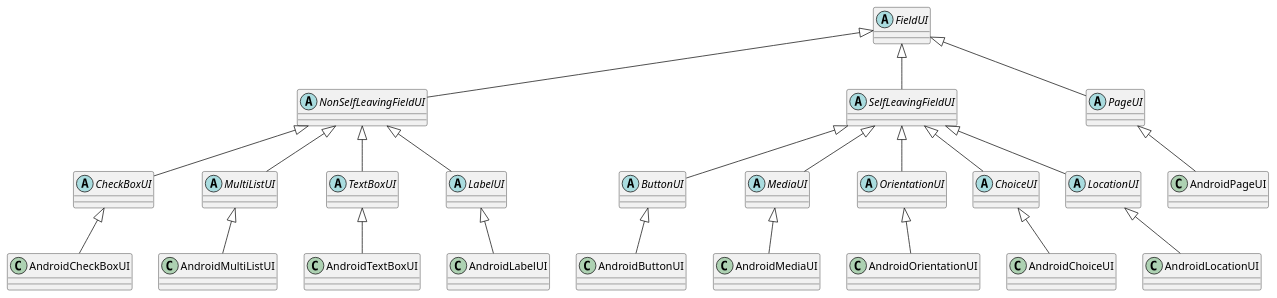
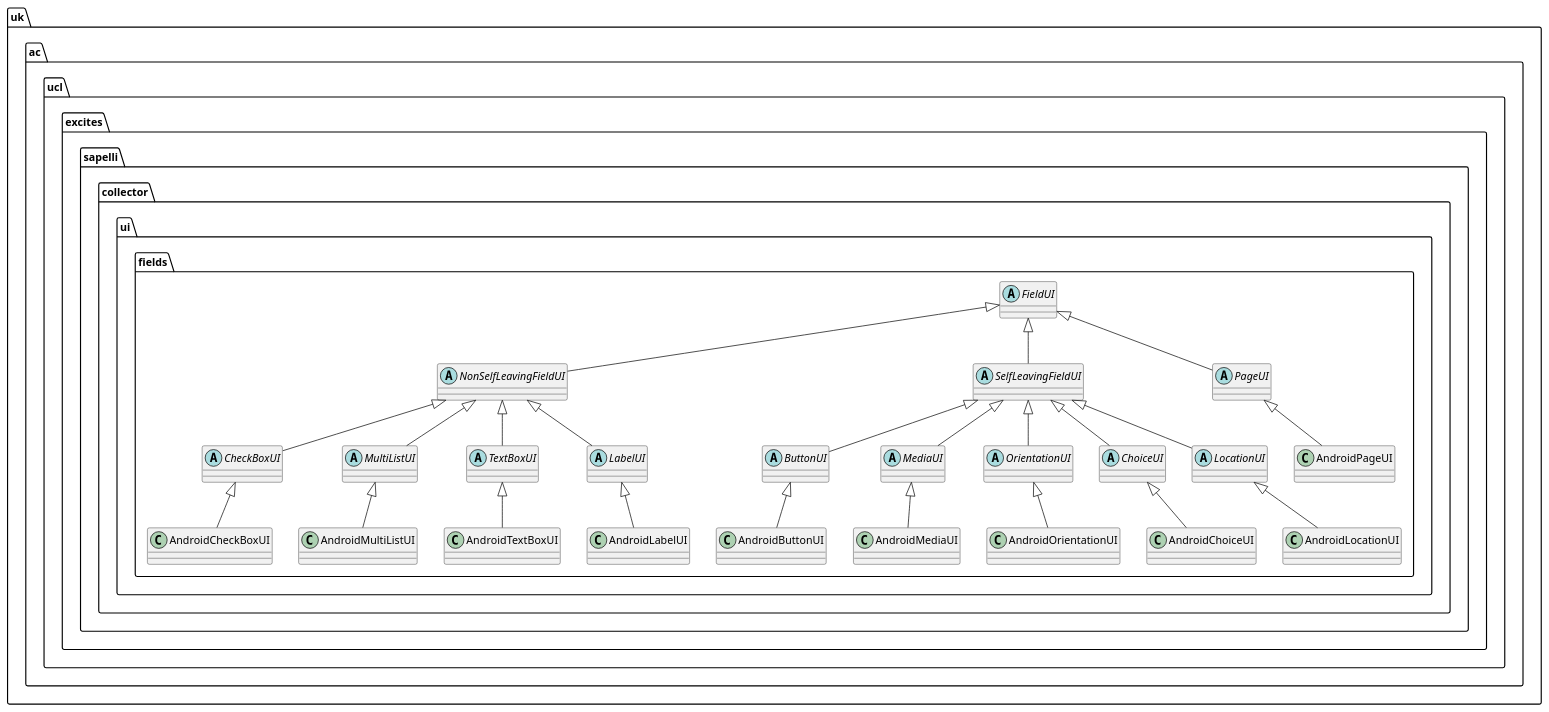
One commit to ExCiteS/Sapelli changed the diagram in Documentation/UML Diagrams/FieldUI.puml. Above: the diagram before and after it, drawn with PlantUML. The commit also changed 3 other files, not shown here.

Commit message:
Add Field UML documentation and improve FieldUI

```diff
--- a/Documentation/UML Diagrams/FieldUI.puml
+++ b/Documentation/UML Diagrams/FieldUI.puml
@@ -1,45 +1,47 @@
 @startuml
 
-abstract class FieldUI
-abstract class NonSelfLeavingFieldUI
-abstract class SelfLeavingFieldUI
-abstract class PageUI
+package "uk.ac.ucl.excites.sapelli.collector.ui.fields" {
+    abstract class FieldUI
+    abstract class NonSelfLeavingFieldUI
+    abstract class SelfLeavingFieldUI
+    abstract class PageUI
 
-FieldUI <|-- NonSelfLeavingFieldUI
-FieldUI <|-- SelfLeavingFieldUI
-FieldUI <|-- PageUI
+    FieldUI <|-- NonSelfLeavingFieldUI
+    FieldUI <|-- SelfLeavingFieldUI
+    FieldUI <|-- PageUI
 
-abstract class CheckBoxUI
-abstract class MultiListUI
-abstract class TextBoxUI
-abstract class LabelUI
+    abstract class CheckBoxUI
+    abstract class MultiListUI
+    abstract class TextBoxUI
+    abstract class LabelUI
 
-NonSelfLeavingFieldUI <|-- CheckBoxUI
-CheckBoxUI <|-- AndroidCheckBoxUI
-NonSelfLeavingFieldUI <|-- MultiListUI
-MultiListUI <|-- AndroidMultiListUI
-NonSelfLeavingFieldUI <|-- TextBoxUI
-TextBoxUI <|-- AndroidTextBoxUI
-NonSelfLeavingFieldUI <|-- LabelUI
-LabelUI <|-- AndroidLabelUI
+    NonSelfLeavingFieldUI <|-- CheckBoxUI
+    CheckBoxUI <|-- AndroidCheckBoxUI
+    NonSelfLeavingFieldUI <|-- MultiListUI
+    MultiListUI <|-- AndroidMultiListUI
+    NonSelfLeavingFieldUI <|-- TextBoxUI
+    TextBoxUI <|-- AndroidTextBoxUI
+    NonSelfLeavingFieldUI <|-- LabelUI
+    LabelUI <|-- AndroidLabelUI
 
-abstract class ButtonUI
-abstract class MediaUI
-abstract class OrientationUI
-abstract class ChoiceUI
-abstract class LocationUI
+    abstract class ButtonUI
+    abstract class MediaUI
+    abstract class OrientationUI
+    abstract class ChoiceUI
+    abstract class LocationUI
 
-SelfLeavingFieldUI <|-- ButtonUI
-ButtonUI <|-- AndroidButtonUI
-SelfLeavingFieldUI <|-- MediaUI
-MediaUI <|-- AndroidMediaUI
-SelfLeavingFieldUI <|-- OrientationUI
-OrientationUI <|-- AndroidOrientationUI
-SelfLeavingFieldUI <|-- ChoiceUI
-ChoiceUI <|-- AndroidChoiceUI
-SelfLeavingFieldUI <|-- LocationUI
-LocationUI <|-- AndroidLocationUI
+    SelfLeavingFieldUI <|-- ButtonUI
+    ButtonUI <|-- AndroidButtonUI
+    SelfLeavingFieldUI <|-- MediaUI
+    MediaUI <|-- AndroidMediaUI
+    SelfLeavingFieldUI <|-- OrientationUI
+    OrientationUI <|-- AndroidOrientationUI
+    SelfLeavingFieldUI <|-- ChoiceUI
+    ChoiceUI <|-- AndroidChoiceUI
+    SelfLeavingFieldUI <|-- LocationUI
+    LocationUI <|-- AndroidLocationUI
 
-PageUI <|-- AndroidPageUI
+    PageUI <|-- AndroidPageUI
+}
 
 @enduml
```
